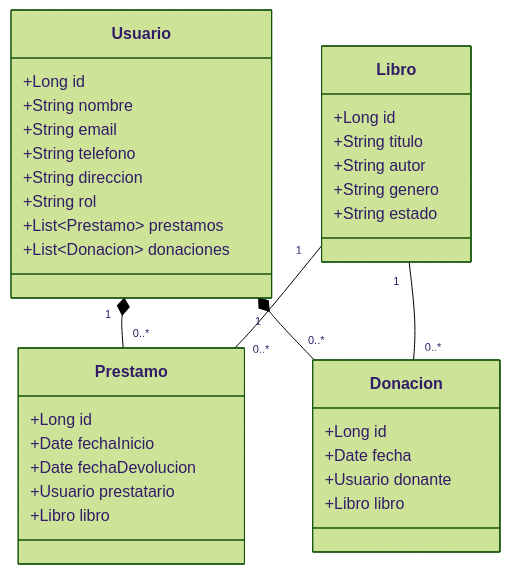
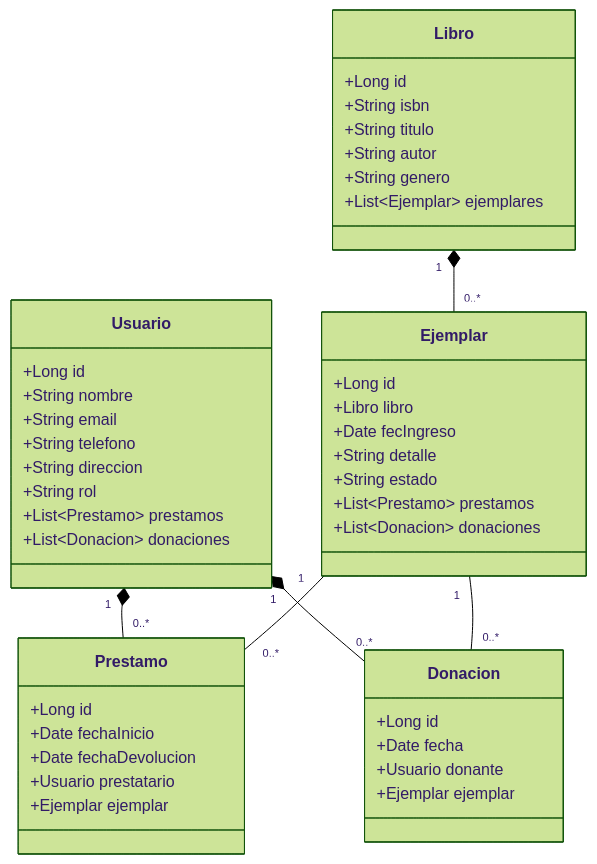
The second of 3 diagrams in DataBase/diagramas_proyecto.md (juandmelendezpe/pr-LibraryPro), drawn with Mermaid (forest theme) before and after one commit. The commit also changed other lines of this file and 21 other files, not shown here.

````diff
--- a/DataBase/diagramas_proyecto.md
+++ b/DataBase/diagramas_proyecto.md
@@ -53,38 +61,49 @@
 ```mermaid
 classDiagram
     class Usuario {
         +Long id
         +String nombre
         +String email
         +String telefono
         +String direccion
         +String rol
         +List~Prestamo~ prestamos
         +List~Donacion~ donaciones
     }
     class Libro {
         +Long id
+        +String isbn
         +String titulo
         +String autor
         +String genero
+        +List~Ejemplar~ ejemplares
+    }
+    class Ejemplar {
+        +Long id
+        +Libro libro
+        +Date fecIngreso
+        +String detalle
         +String estado
+        +List~Prestamo~ prestamos
+        +List~Donacion~ donaciones
     }
     class Prestamo {
         +Long id
         +Date fechaInicio
         +Date fechaDevolucion
         +Usuario prestatario
-        +Libro libro
+        +Ejemplar ejemplar
     }
     class Donacion {
         +Long id
         +Date fecha
         +Usuario donante
-        +Libro libro
+        +Ejemplar ejemplar
     }
 
     Usuario "1" *-- "0..*" Prestamo
     Usuario "1" *-- "0..*" Donacion
-    Libro "1" -- "0..*" Prestamo
-    Libro "1" -- "0..*" Donacion
+    Libro "1" *-- "0..*" Ejemplar
+    Ejemplar "1" -- "0..*" Prestamo
+    Ejemplar "1" -- "0..*" Donacion
 ```
````
